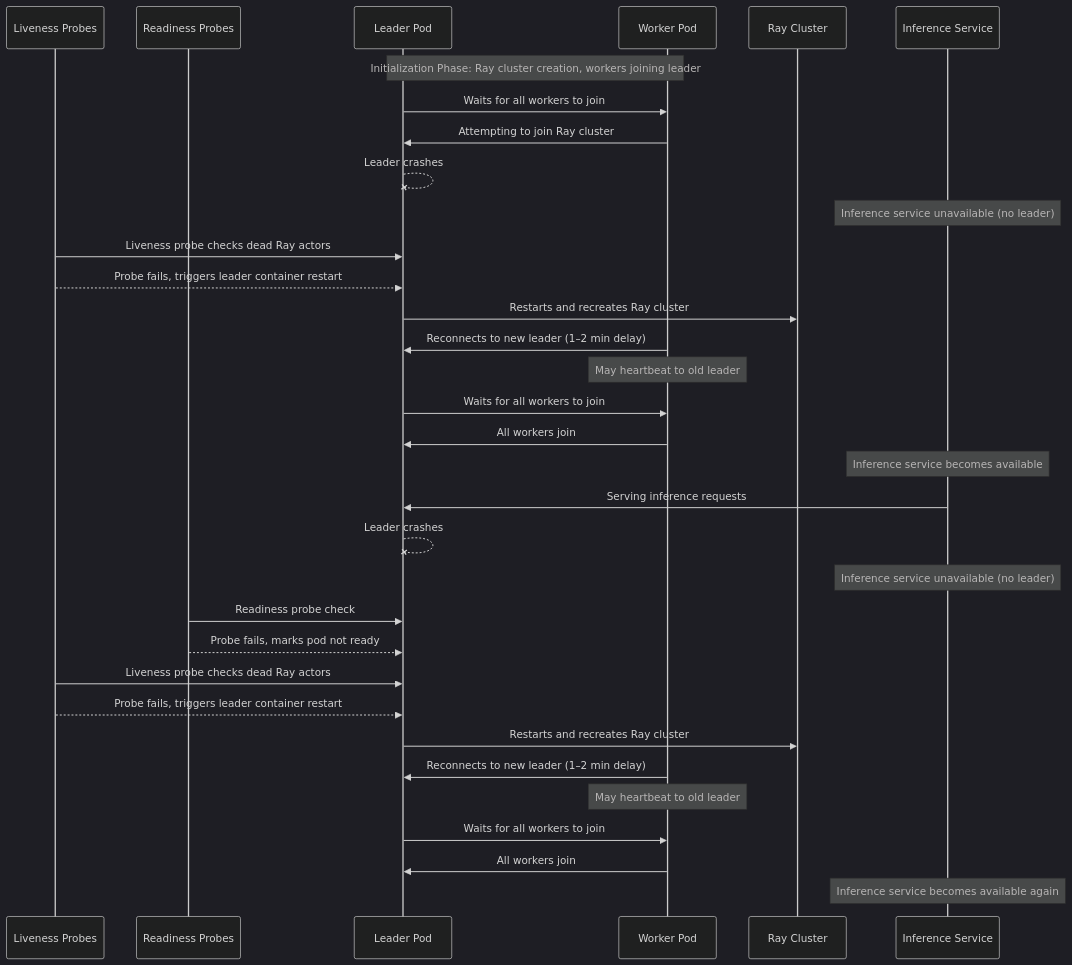
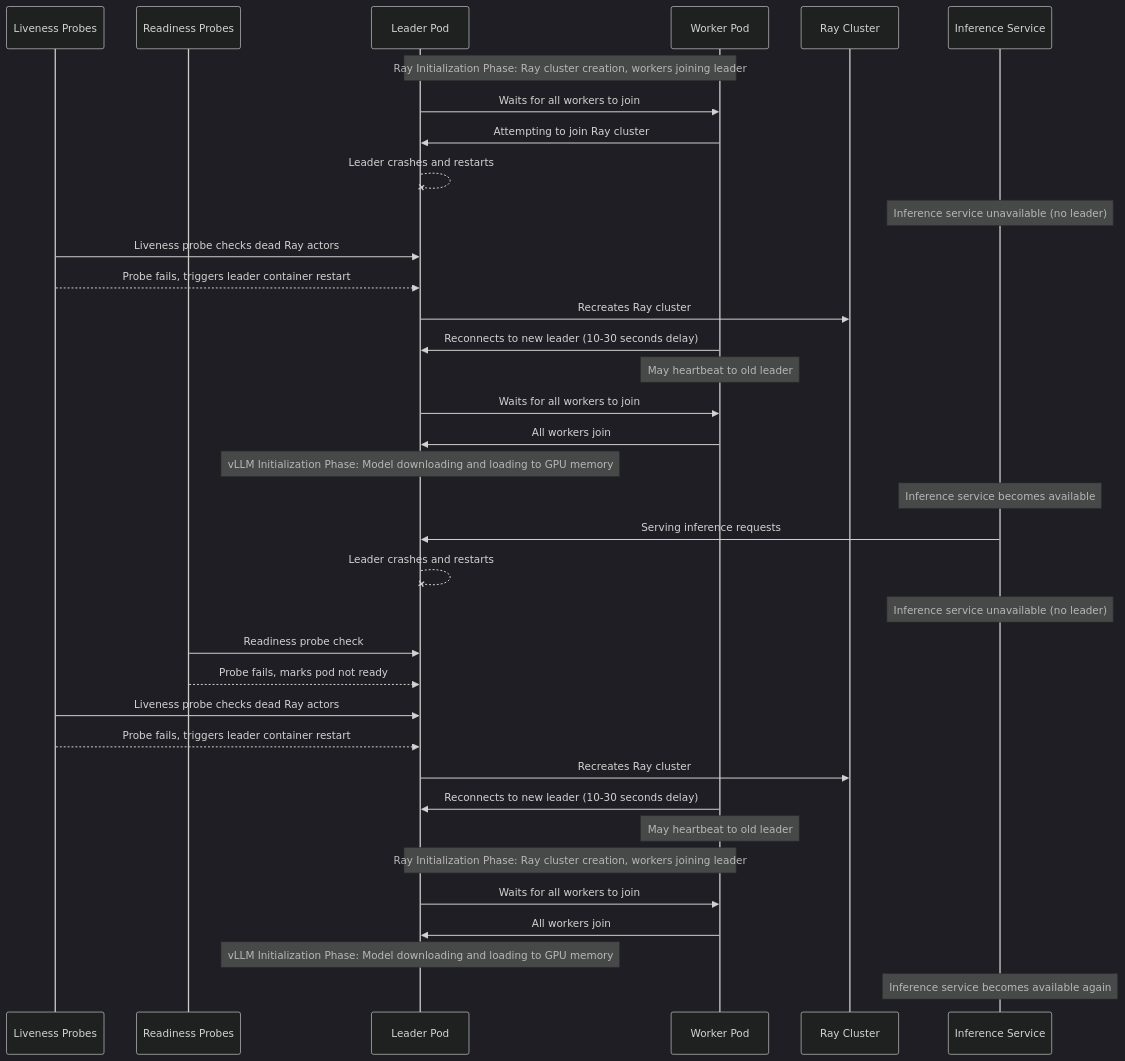
The first of 2 diagrams in docs/proposals/20250325-distributed-inference.md (kaito-project/kaito), drawn with Mermaid (dark theme) before and after one commit. The commit also changed other lines of this file, not shown here.

````diff
--- a/docs/proposals/20250325-distributed-inference.md
+++ b/docs/proposals/20250325-distributed-inference.md
@@ -160,40 +160,43 @@
 ```mermaid
 sequenceDiagram
     participant K as Liveness Probes
     participant P as Readiness Probes
     participant L as Leader Pod
     participant W as Worker Pod
     participant R as Ray Cluster
     participant V as Inference Service
 
-    Note over L,W: Initialization Phase: Ray cluster creation, workers joining leader
+    Note over L,W: Ray Initialization Phase: Ray cluster creation, workers joining leader
 
     %% Leader Crash During Initialization
     L->>W: Waits for all workers to join
     W->>L: Attempting to join Ray cluster
-    L--xL: Leader crashes
+    L--xL: Leader crashes and restarts
     Note over V: Inference service unavailable (no leader)
     K->>L: Liveness probe checks dead Ray actors
     K-->>L: Probe fails, triggers leader container restart
-    L->>R: Restarts and recreates Ray cluster
-    W->>L: Reconnects to new leader (1–2 min delay)
+    L->>R: Recreates Ray cluster
+    W->>L: Reconnects to new leader (10-30 seconds delay)
     Note over W: May heartbeat to old leader
     L->>W: Waits for all workers to join
     W->>L: All workers join
+    Note over L: vLLM Initialization Phase: Model downloading and loading to GPU memory
     Note over V: Inference service becomes available
 
     %% Leader Crash After Inference Service is Ready
     V->>L: Serving inference requests
-    L--xL: Leader crashes
+    L--xL: Leader crashes and restarts
     Note over V: Inference service unavailable (no leader)
     P->>L: Readiness probe check
     P-->>L: Probe fails, marks pod not ready
     K->>L: Liveness probe checks dead Ray actors
     K-->>L: Probe fails, triggers leader container restart
-    L->>R: Restarts and recreates Ray cluster
-    W->>L: Reconnects to new leader (1–2 min delay)
+    L->>R: Recreates Ray cluster
+    W->>L: Reconnects to new leader (10-30 seconds delay)
     Note over W: May heartbeat to old leader
+    Note over L,W: Ray Initialization Phase: Ray cluster creation, workers joining leader
     L->>W: Waits for all workers to join
     W->>L: All workers join
+    Note over L: vLLM Initialization Phase: Model downloading and loading to GPU memory
     Note over V: Inference service becomes available again
 ```
````
